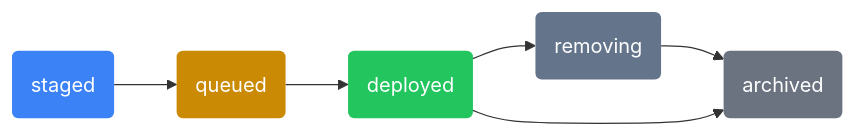
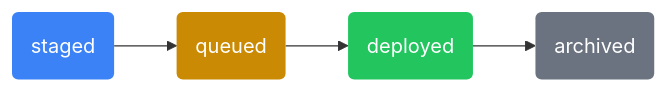
Before and after one commit to mirurobotics/docs: the fourth of 6 diagrams in docs/learn/deployments.mdx, drawn with Mermaid. The commit also changed other lines of this file and 3 other files, not shown here.

````diff
--- a/docs/learn/deployments.mdx
+++ b/docs/learn/deployments.mdx
@@ -210,11 +208,9 @@
 ```mermaid
 flowchart LR
     classDef blue fill:#3b82f6,color:#fff,stroke:none
     classDef yellow fill:#ca8a04,color:#fff,stroke:none
     classDef green fill:#22c55e,color:#fff,stroke:none
-    classDef slate fill:#64748b,color:#fff,stroke:none
     classDef gray fill:#6b7280,color:#fff,stroke:none
 
-    A(staged):::blue --> B(queued):::yellow --> C(deployed):::green --> D(removing):::slate --> E(archived):::gray
-    C --> E
+    A(staged):::blue --> B(queued):::yellow --> C(deployed):::green --> D(archived):::gray
 ```
````
